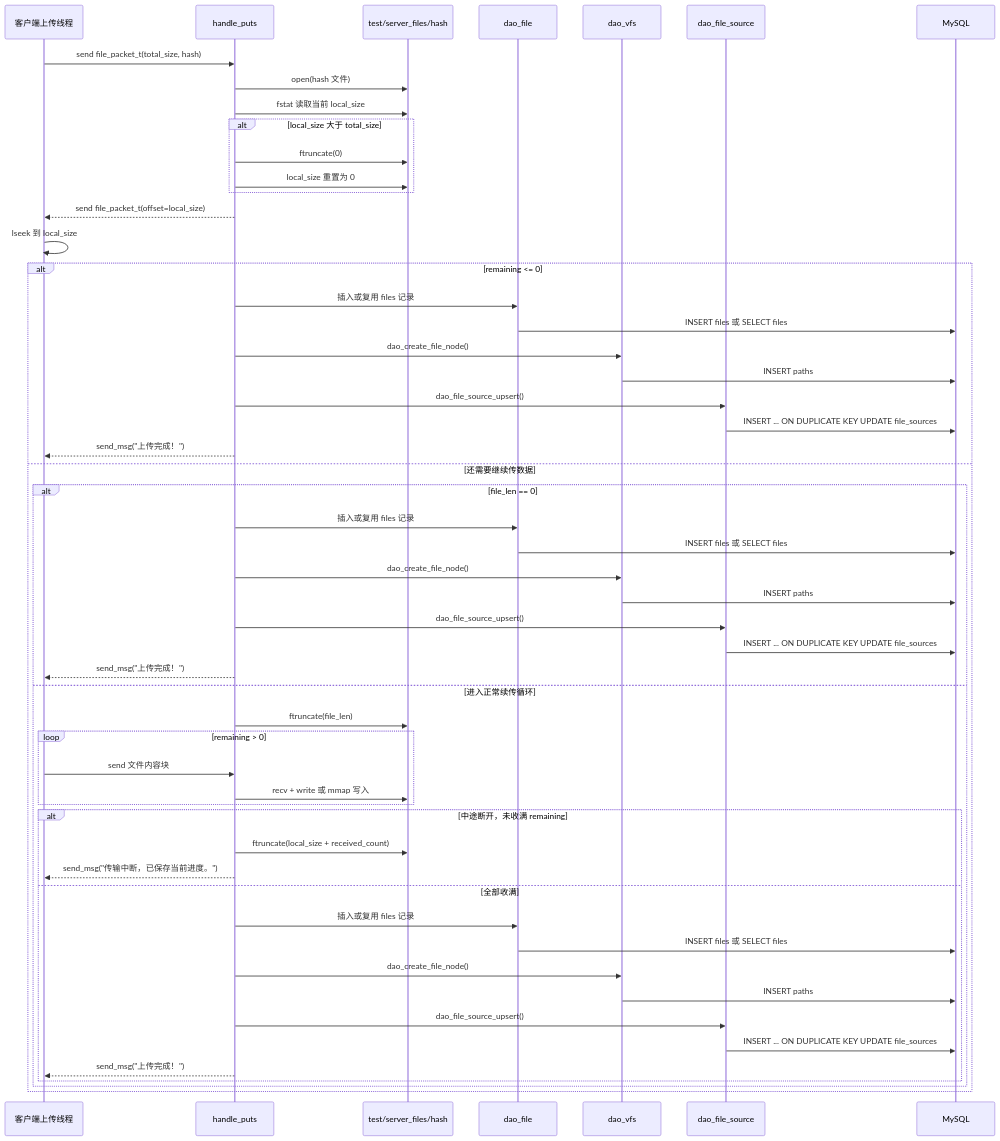
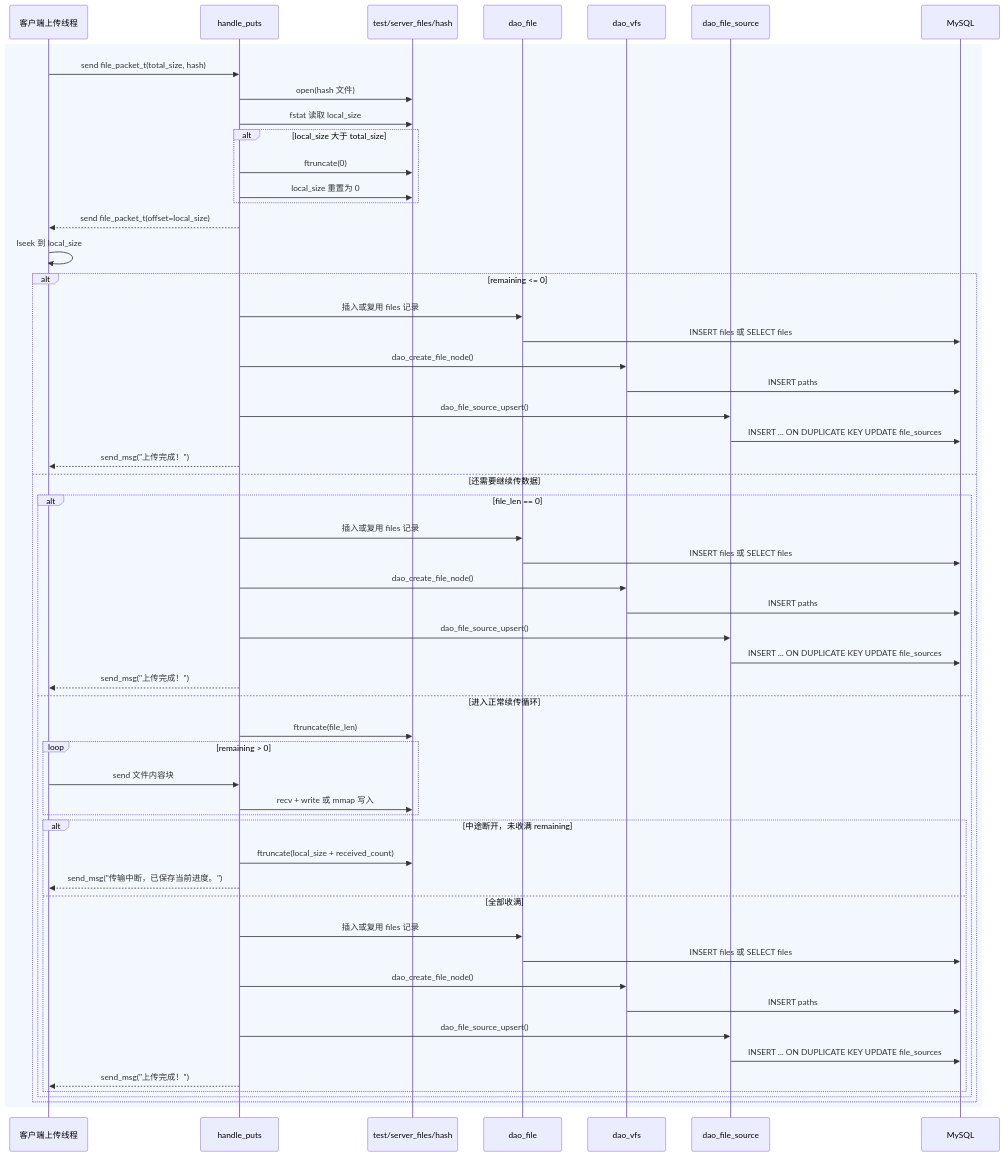
One commit to panlong-studio/WindCloud_V4 changed the eighth of 14 diagrams in docs/V5全流程时序图详解.md. Above: the diagram before and after it, drawn with Mermaid. The commit also changed other lines of this file and 5 other files, not shown here.

````diff
--- a/docs/V5全流程时序图详解.md
+++ b/docs/V5全流程时序图详解.md
@@ -547,57 +571,59 @@
 ```mermaid
 sequenceDiagram
     participant CPut as 客户端上传线程
     participant FT as handle_puts
     participant Disk as test/server_files/hash
     participant DF as dao_file
     participant VFS as dao_vfs
     participant FSrc as dao_file_source
     participant DB as MySQL
 
+    rect rgba(220, 235, 255, 0.35)
     CPut->>FT: send file_packet_t(total_size, hash)
     FT->>Disk: open(hash 文件)
-    FT->>Disk: fstat 读取当前 local_size
+    FT->>Disk: fstat 读取 local_size
     alt local_size 大于 total_size
         FT->>Disk: ftruncate(0)
         FT->>Disk: local_size 重置为 0
     end
     FT-->>CPut: send file_packet_t(offset=local_size)
     CPut->>CPut: lseek 到 local_size
     alt remaining <= 0
         FT->>DF: 插入或复用 files 记录
         DF->>DB: INSERT files 或 SELECT files
         FT->>VFS: dao_create_file_node()
         VFS->>DB: INSERT paths
         FT->>FSrc: dao_file_source_upsert()
         FSrc->>DB: INSERT ... ON DUPLICATE KEY UPDATE file_sources
         FT-->>CPut: send_msg("上传完成！")
     else 还需要继续传数据
         alt file_len == 0
             FT->>DF: 插入或复用 files 记录
             DF->>DB: INSERT files 或 SELECT files
             FT->>VFS: dao_create_file_node()
             VFS->>DB: INSERT paths
             FT->>FSrc: dao_file_source_upsert()
             FSrc->>DB: INSERT ... ON DUPLICATE KEY UPDATE file_sources
             FT-->>CPut: send_msg("上传完成！")
         else 进入正常续传循环
             FT->>Disk: ftruncate(file_len)
             loop remaining > 0
                 CPut->>FT: send 文件内容块
                 FT->>Disk: recv + write 或 mmap 写入
             end
             alt 中途断开，未收满 remaining
                 FT->>Disk: ftruncate(local_size + received_count)
                 FT-->>CPut: send_msg("传输中断，已保存当前进度。")
             else 全部收满
                 FT->>DF: 插入或复用 files 记录
                 DF->>DB: INSERT files 或 SELECT files
                 FT->>VFS: dao_create_file_node()
                 VFS->>DB: INSERT paths
                 FT->>FSrc: dao_file_source_upsert()
                 FSrc->>DB: INSERT ... ON DUPLICATE KEY UPDATE file_sources
                 FT-->>CPut: send_msg("上传完成！")
             end
         end
     end
+    end
 ```
````
